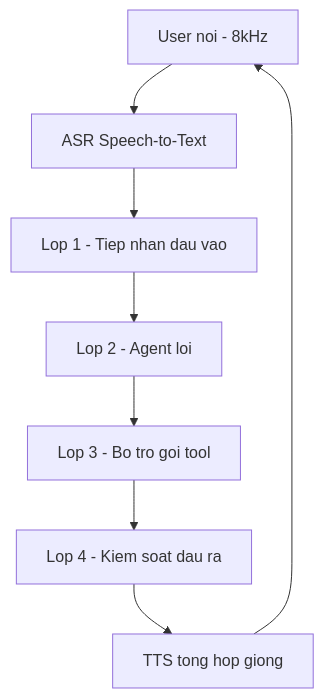
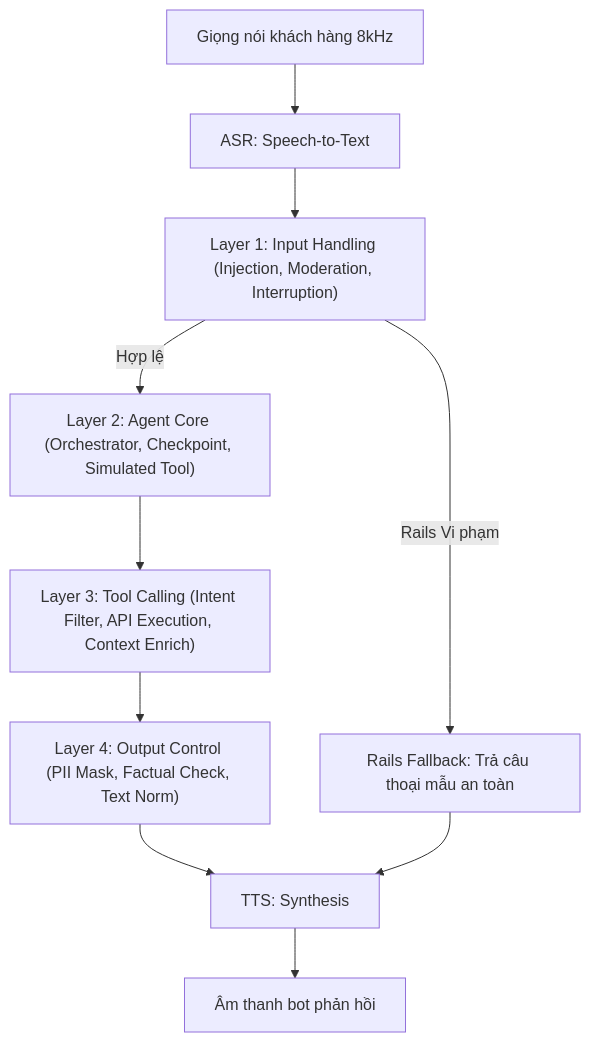
Before and after one commit to ManhTanTran/fci_voice_agent_local: the first of 2 diagrams in docs/02_architecture/00_README.md, drawn with Mermaid. The commit also changed other lines of this file and 16 other files, not shown here.

First line of the commit message:
docs(06-llm-agent): deepen agent/tool-calling cluster + financial-law knowledge core

````diff
--- a/docs/02_architecture/00_README.md
+++ b/docs/02_architecture/00_README.md
@@ -29,10 +97,12 @@
 ```mermaid
 graph TD
-  User[User noi - 8kHz] --> ASR[ASR Speech-to-Text]
-  ASR --> L1[Lop 1 - Tiep nhan dau vao]
-  L1 --> L2[Lop 2 - Agent loi]
-  L2 --> L3[Lop 3 - Bo tro goi tool]
-  L3 --> L4[Lop 4 - Kiem soat dau ra]
-  L4 --> TTS[TTS tong hop giong]
-  TTS --> User
+  VoiceIn["Giọng nói khách hàng 8kHz"] --> ASR["ASR: Speech-to-Text"]
+  ASR --> L1["Layer 1: Input Handling (Injection, Moderation, Interruption)"]
+  L1 -->|Rails Vi phạm| Fallback["Rails Fallback: Trả câu thoại mẫu an toàn"]
+  L1 -->|Hợp lệ| L2["Layer 2: Agent Core (Orchestrator, Checkpoint, Simulated Tool)"]
+  L2 --> L3["Layer 3: Tool Calling (Intent Filter, API Execution, Context Enrich)"]
+  L3 --> L4["Layer 4: Output Control (PII Mask, Factual Check, Text Norm)"]
+  L4 --> TTS["TTS: Synthesis"]
+  Fallback --> TTS
+  TTS --> VoiceOut["Âm thanh bot phản hồi"]
 ```
````
